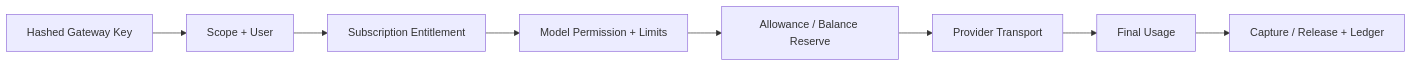
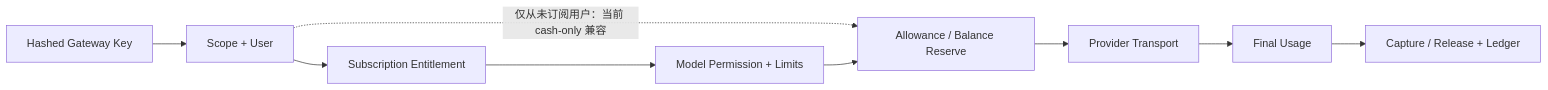
One commit to glide-the/dream-im-platform changed the diagram in docs/prd/modules/05-gateway.md. Above: the diagram before and after it, drawn with Mermaid. The commit also changed other lines of this file and 22 other files, not shown here.

````diff
--- a/docs/prd/modules/05-gateway.md
+++ b/docs/prd/modules/05-gateway.md
@@ -21,10 +23,11 @@
 ```mermaid
 flowchart LR
   K["Hashed Gateway Key"] --> Q["Scope + User"]
   Q --> E["Subscription Entitlement"]
+  Q -. "仅从未订阅用户：当前 cash-only 兼容" .-> B
   E --> M["Model Permission + Limits"]
   M --> B["Allowance / Balance Reserve"]
   B --> P["Provider Transport"]
   P --> U["Final Usage"]
   U --> C["Capture / Release + Ledger"]
 ```
````
